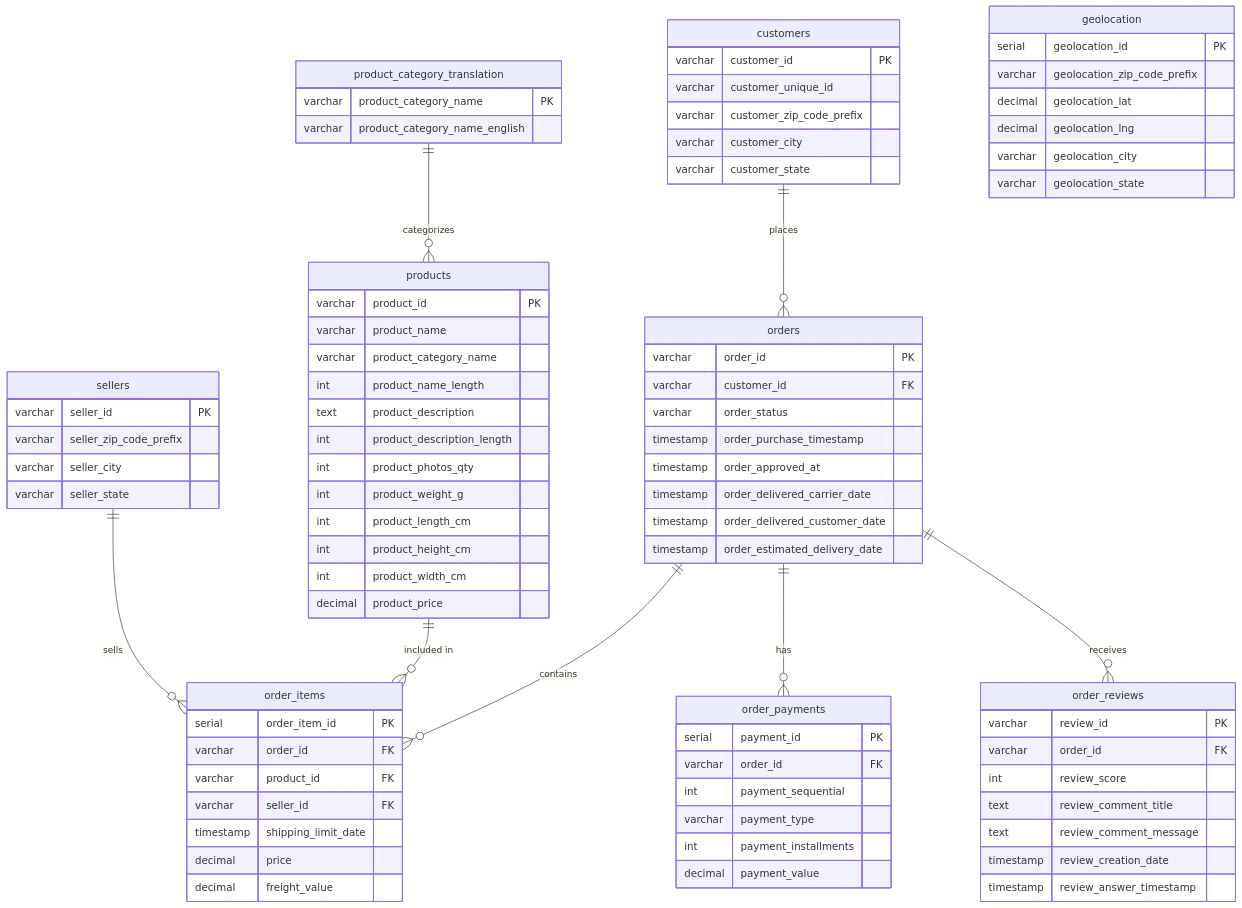
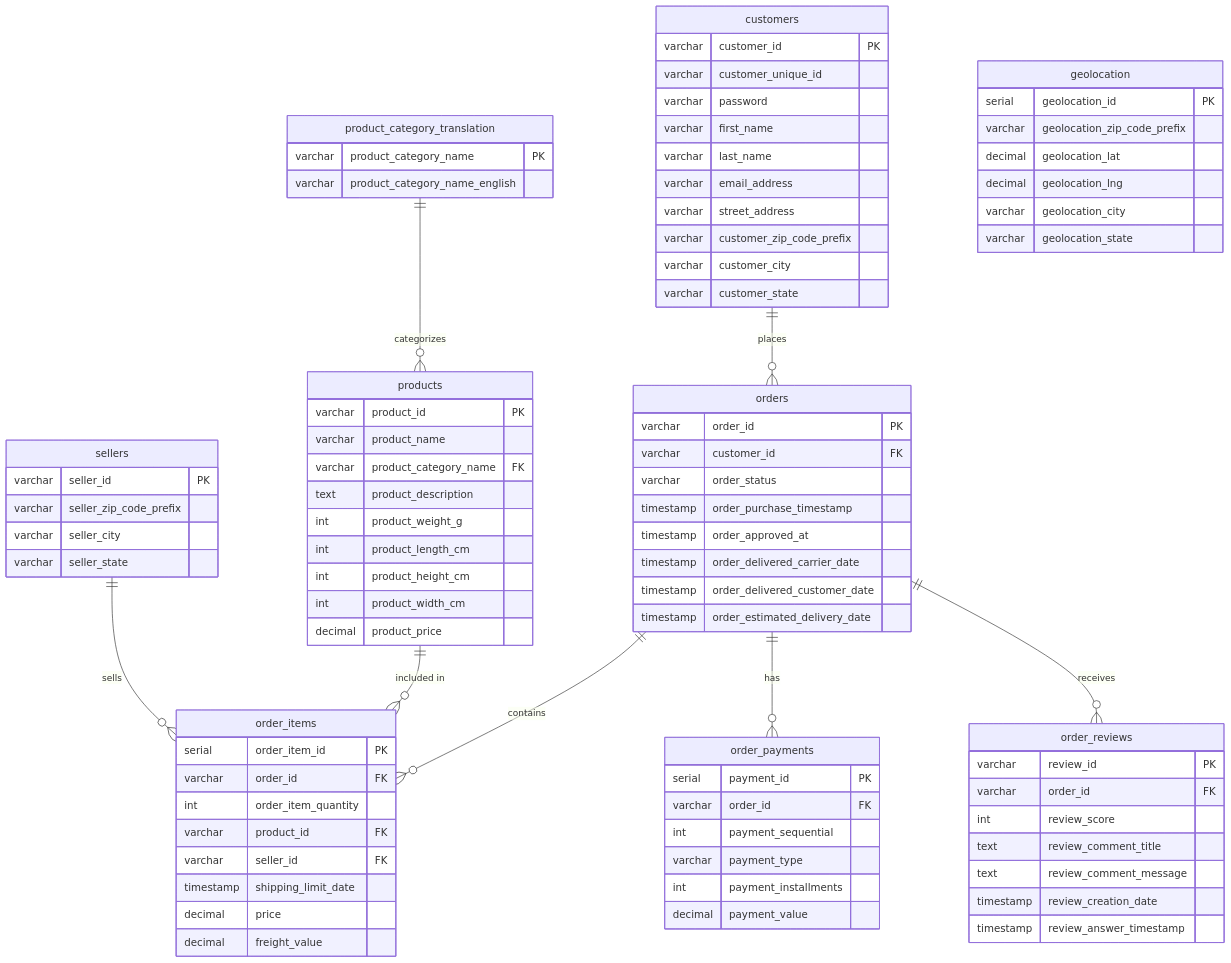
The diagram in database/er-diagram.md (morten-l-k/cloud-native-shop), drawn with Mermaid before and after one commit. The commit also changed other lines of this file and 2 other files, not shown here.

Commit message:
cleanup v2

```diff
--- a/database/er-diagram.md
+++ b/database/er-diagram.md
@@ -20,15 +20,20 @@
     products ||--o{ order_items : "included in"
     sellers ||--o{ order_items : "sells"
     product_category_translation ||--o{ products : "categorizes"
-    
+
     customers {
         varchar customer_id PK
         varchar customer_unique_id
+        varchar password
+        varchar first_name
+        varchar last_name
+        varchar email_address
+        varchar street_address
         varchar customer_zip_code_prefix
         varchar customer_city
         varchar customer_state
     }
-    
+
     orders {
         varchar order_id PK
         varchar customer_id FK
@@ -39,17 +44,18 @@
         timestamp order_delivered_customer_date
         timestamp order_estimated_delivery_date
     }
-    
+
     order_items {
         serial order_item_id PK
         varchar order_id FK
+        int order_item_quantity
         varchar product_id FK
         varchar seller_id FK
         timestamp shipping_limit_date
         decimal price
         decimal freight_value
     }
-    
+
     order_payments {
         serial payment_id PK
         varchar order_id FK
@@ -58,7 +64,7 @@
         int payment_installments
         decimal payment_value
     }
-    
+
     order_reviews {
         varchar review_id PK
         varchar order_id FK
@@ -68,34 +74,31 @@
         timestamp review_creation_date
         timestamp review_answer_timestamp
     }
-    
+
     products {
         varchar product_id PK
         varchar product_name
-        varchar product_category_name
-        int product_name_length
+        varchar product_category_name FK
         text product_description
-        int product_description_length
-        int product_photos_qty
         int product_weight_g
         int product_length_cm
         int product_height_cm
         int product_width_cm
         decimal product_price
     }
-    
+
     sellers {
         varchar seller_id PK
         varchar seller_zip_code_prefix
         varchar seller_city
         varchar seller_state
     }
-    
+
     product_category_translation {
         varchar product_category_name PK
         varchar product_category_name_english
     }
-    
+
     geolocation {
         serial geolocation_id PK
         varchar geolocation_zip_code_prefix
```
